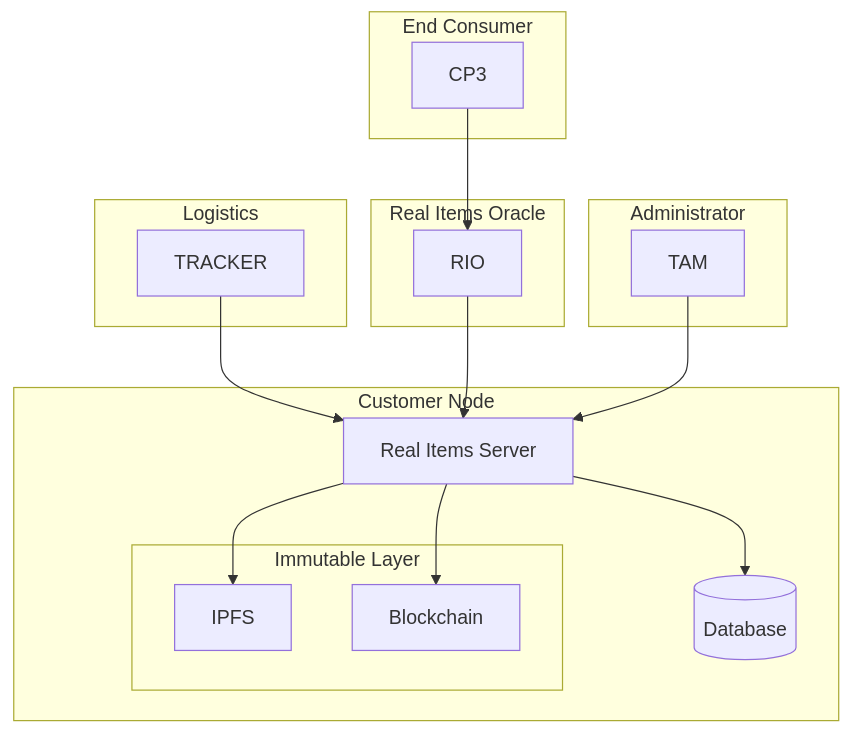
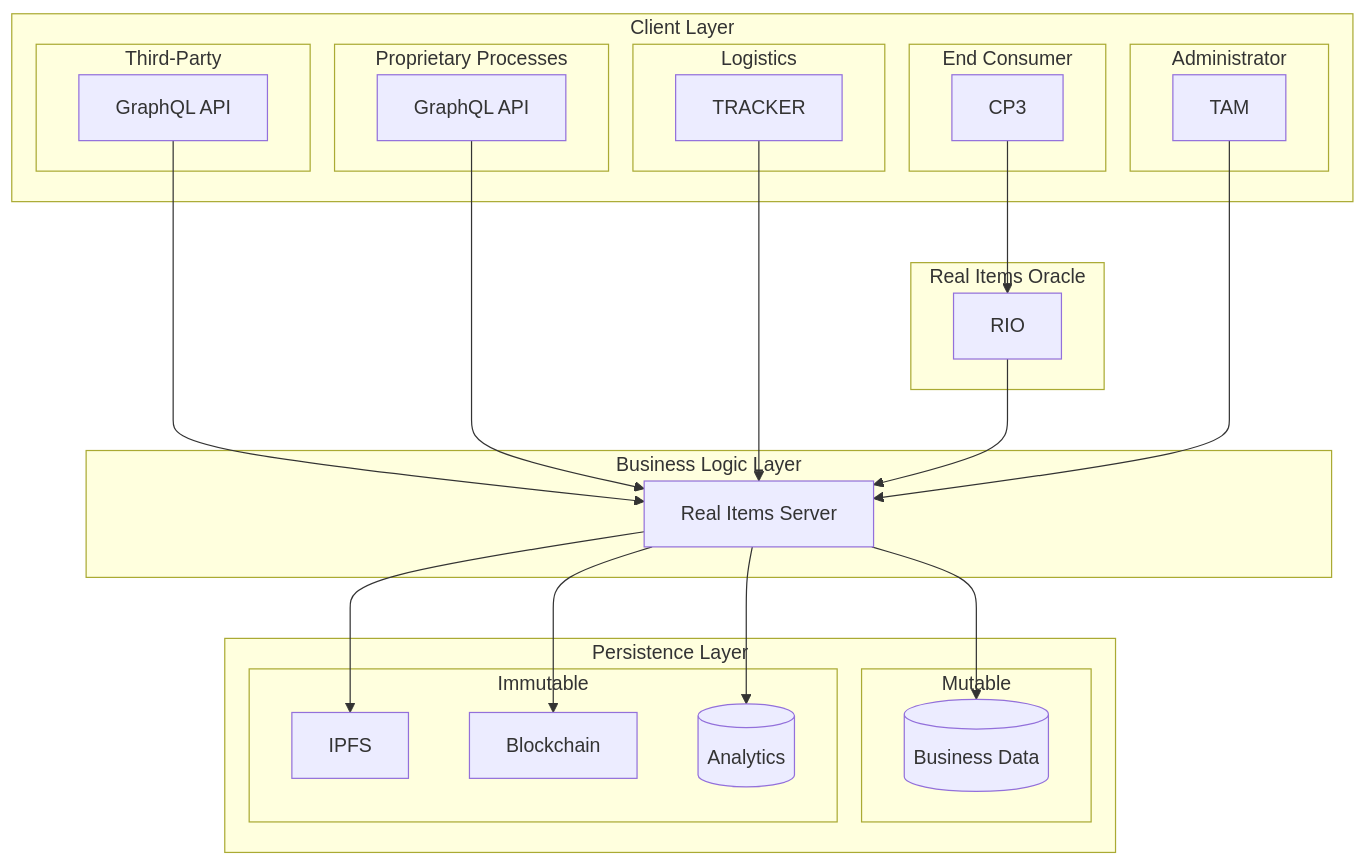
The diagram in _site/pages/whitepaper/architecture_layers.mmd (realizse/realitemsdocs), drawn with Mermaid before and after one commit. The commit also changed 112 other files, not shown here.

Commit message:
Updated diagrams and added new sections including Conclusion.

```diff
--- a/_site/pages/whitepaper/architecture_layers.mmd
+++ b/_site/pages/whitepaper/architecture_layers.mmd
@@ -1,30 +1,49 @@
 graph TD
-    subgraph Administrator 
-      TAM[TAM]
-    end
-    subgraph End Consumer
-      CP3[CP3]
-    end
-    subgraph Logistics
-      TRACKER[TRACKER]
-    end
 
-    TRACKER-->RIS
-    RIO-->RIS
-    CP3-->RIO
-
-
-    subgraph Customer Node
-      TAM[TAM]-->RIS[Real Items Server]
-      RIS-->IPFS[IPFS]
-      RIS-->BL[Blockchain]
-      RIS-->DB[(Database)]
-      subgraph Immutable Layer
-        IPFS[IPFS]
-        BL[Blockchain]
+    subgraph Client Layer
+      subgraph Administrator 
+        TAM[TAM]
+      end
+      subgraph Third-Party 
+        THIRDPARTY[GraphQL API]
+      end
+      subgraph Proprietary Processes
+        API[GraphQL API]
+      end
+      subgraph Logistics
+        TRACKER[TRACKER]
+      end
+      subgraph End Consumer
+        CP3[CP3]
       end
     end
 
     subgraph Real Items Oracle 
       RIO[RIO]
     end
+
+    THIRDPARTY-->RIS
+    API-->RIS
+    TRACKER-->RIS
+    RIO-->RIS
+    CP3-->RIO
+
+      subgraph Business Logic Layer
+        RIS
+      end
+      subgraph Persistence Layer
+        subgraph Mutable
+          DB
+        end
+      subgraph Immutable
+        IPFS[IPFS]
+        BL[Blockchain]
+       Analytic
+      end
+    end
+
+    TAM[TAM]-->RIS[Real Items Server]
+    RIS-->IPFS[IPFS]
+    RIS-->BL[Blockchain]
+    RIS-->DB[(Business Data)]
+    RIS-->Analytic[(Analytics)]
```
